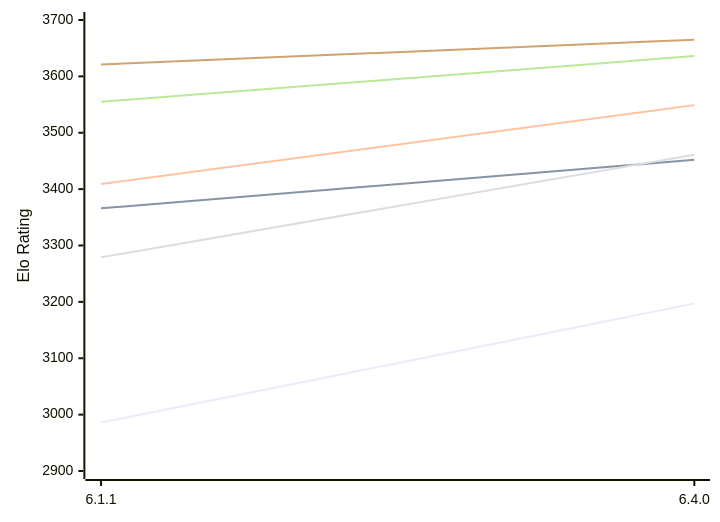
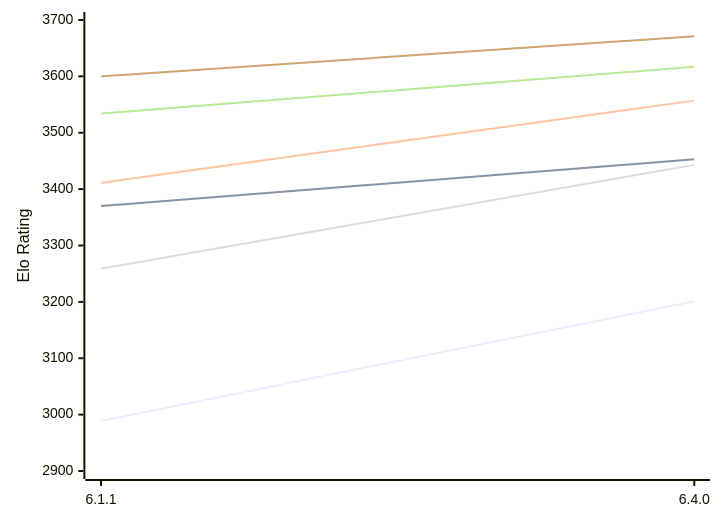
Before and after one commit to computer-chess-index/cci: the first of 2 diagrams in engines/Zigqueen.md, drawn with Mermaid. The commit also changed other lines of this file, not shown here.

Commit message:
Update CCI Ratings (ELO VLTC) - 2026-10-18

````diff
--- a/engines/Zigqueen.md
+++ b/engines/Zigqueen.md
@@ -53,12 +53,12 @@
 ```mermaid
 %%{init: {"theme":"base","themeVariables":{"seriesColors:['#a3a3a3','#222221','#faa371']}}}%%
 xychart-beta
   x-axis ["6.1.1", "6.4.0"]
   y-axis "Elo Rating" 2900 --> 3700
-  line "E1: STC (8.0+0.08s)" [2986, 3197]
-  line "E1: LTC (60.0+0.60s)" [3366, 3452]
-  line "E1: VLTC (2m24s+1.12s)" [3409, 3549]
-  line "P1: STC (8.0+0.08s)" [3279, 3461]
-  line "P1: LTC (60.0+0.60s)" [3555, 3636]
-  line "P1: VLTC (2m24s+1.12s)" [3621, 3665]
+  line "E1: STC (8.0+0.08s)" [2989, 3201]
+  line "E1: LTC (60.0+0.60s)" [3370, 3453]
+  line "E1: VLTC (2m24s+1.12s)" [3411, 3557]
+  line "P1: STC (8.0+0.08s)" [3259, 3443]
+  line "P1: LTC (60.0+0.60s)" [3534, 3617]
+  line "P1: VLTC (2m24s+1.12s)" [3600, 3671]
 ```
````
